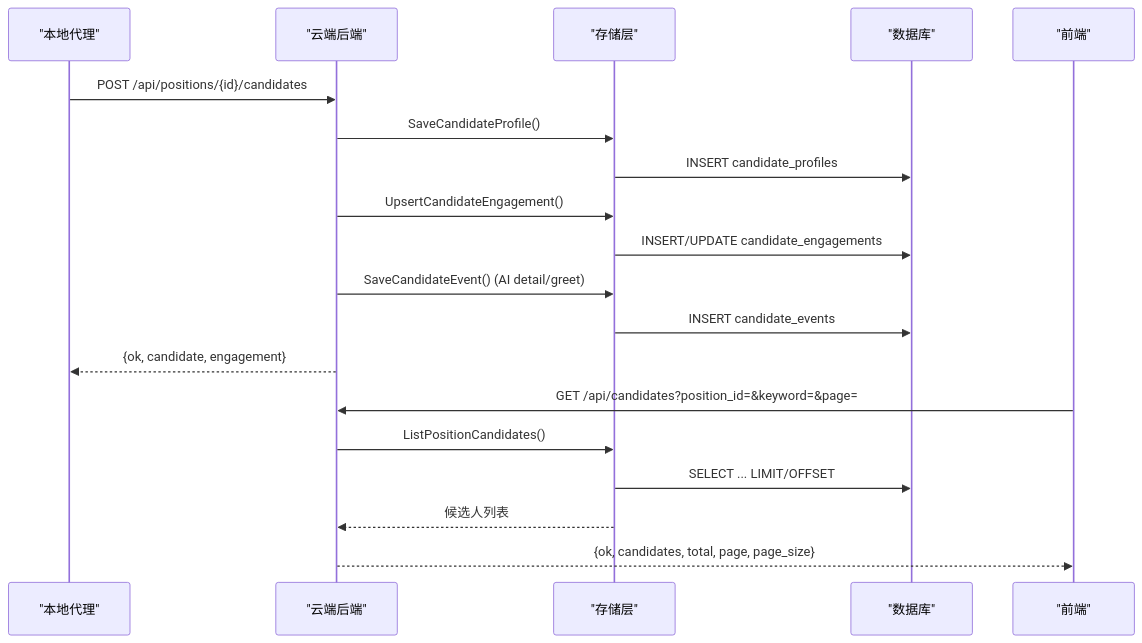
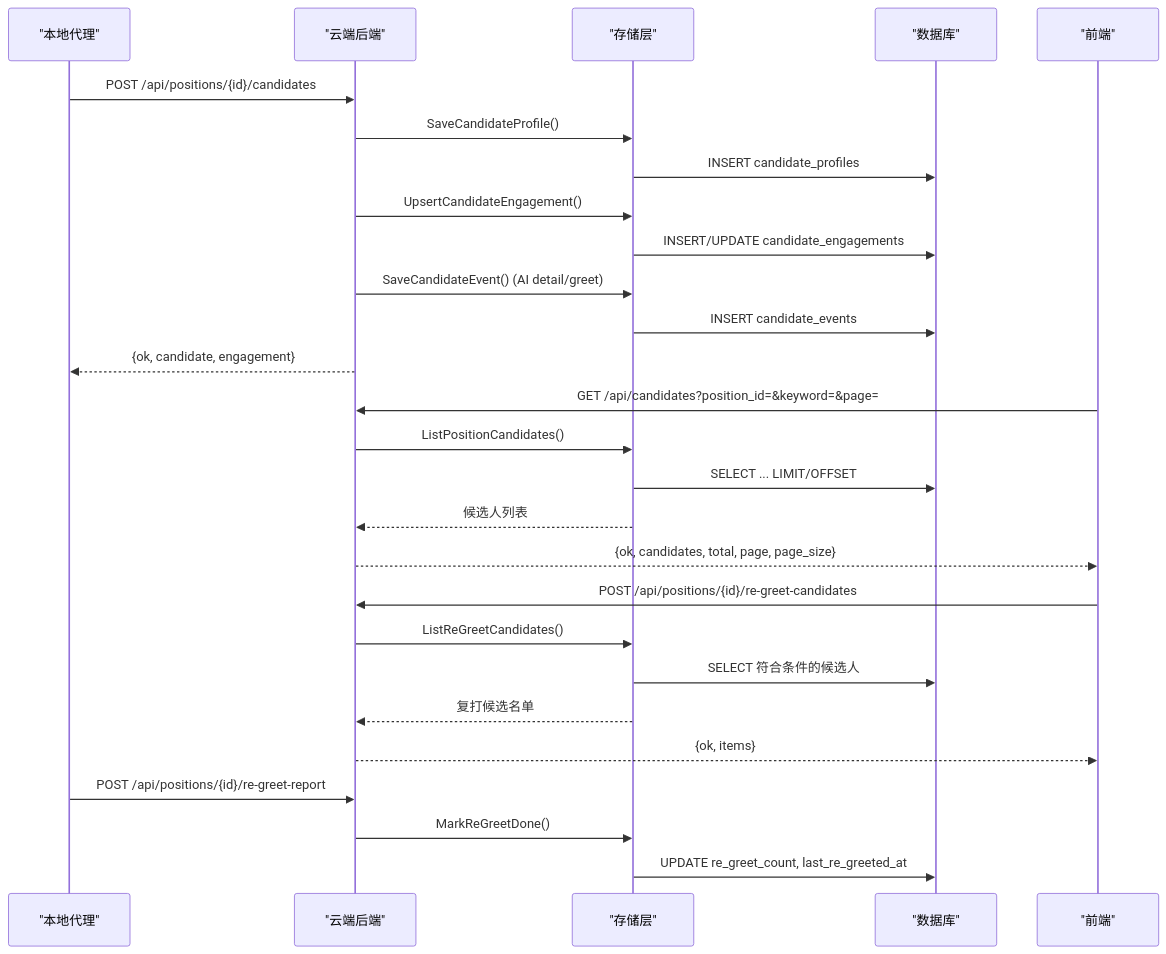
One commit to alvinwangzi/goodhr changed the second of 8 diagrams in .qoder/repowiki/zh/content/云端后端服务/候选人处理系统/候选人处理系统.md. Above: the diagram before and after it, drawn with Mermaid. The commit also changed other lines of this file and 91 other files, not shown here.

````diff
--- a/.qoder/repowiki/zh/content/云端后端服务/候选人处理系统/候选人处理系统.md
+++ b/.qoder/repowiki/zh/content/云端后端服务/候选人处理系统/候选人处理系统.md
@@ -98,21 +119,29 @@
 ```mermaid
 sequenceDiagram
 participant Local as "本地代理"
 participant Cloud as "云端后端"
 participant Store as "存储层"
 participant DB as "数据库"
 participant Front as "前端"
 Local->>Cloud : POST /api/positions/{id}/candidates
 Cloud->>Store : SaveCandidateProfile()
 Store->>DB : INSERT candidate_profiles
 Cloud->>Store : UpsertCandidateEngagement()
 Store->>DB : INSERT/UPDATE candidate_engagements
 Cloud->>Store : SaveCandidateEvent() (AI detail/greet)
 Store->>DB : INSERT candidate_events
 Cloud-->>Local : {ok, candidate, engagement}
 Front->>Cloud : GET /api/candidates?position_id=&keyword=&page=
 Cloud->>Store : ListPositionCandidates()
 Store->>DB : SELECT ... LIMIT/OFFSET
 Store-->>Cloud : 候选人列表
 Cloud-->>Front : {ok, candidates, total, page, page_size}
+Front->>Cloud : POST /api/positions/{id}/re-greet-candidates
+Cloud->>Store : ListReGreetCandidates()
+Store->>DB : SELECT 符合条件的候选人
+Store-->>Cloud : 复打候选名单
+Cloud-->>Front : {ok, items}
+Local->>Cloud : POST /api/positions/{id}/re-greet-report
+Cloud->>Store : MarkReGreetDone()
+Store->>DB : UPDATE re_greet_count, last_re_greeted_at
 ```
````
